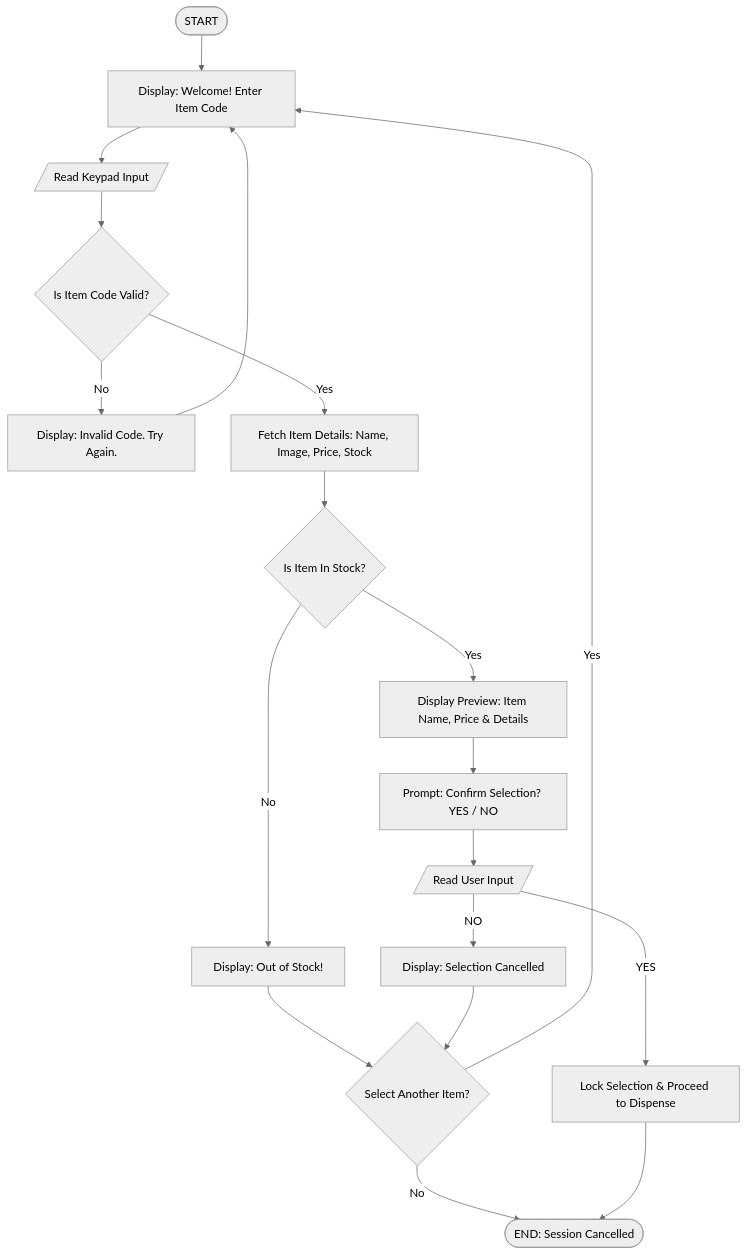
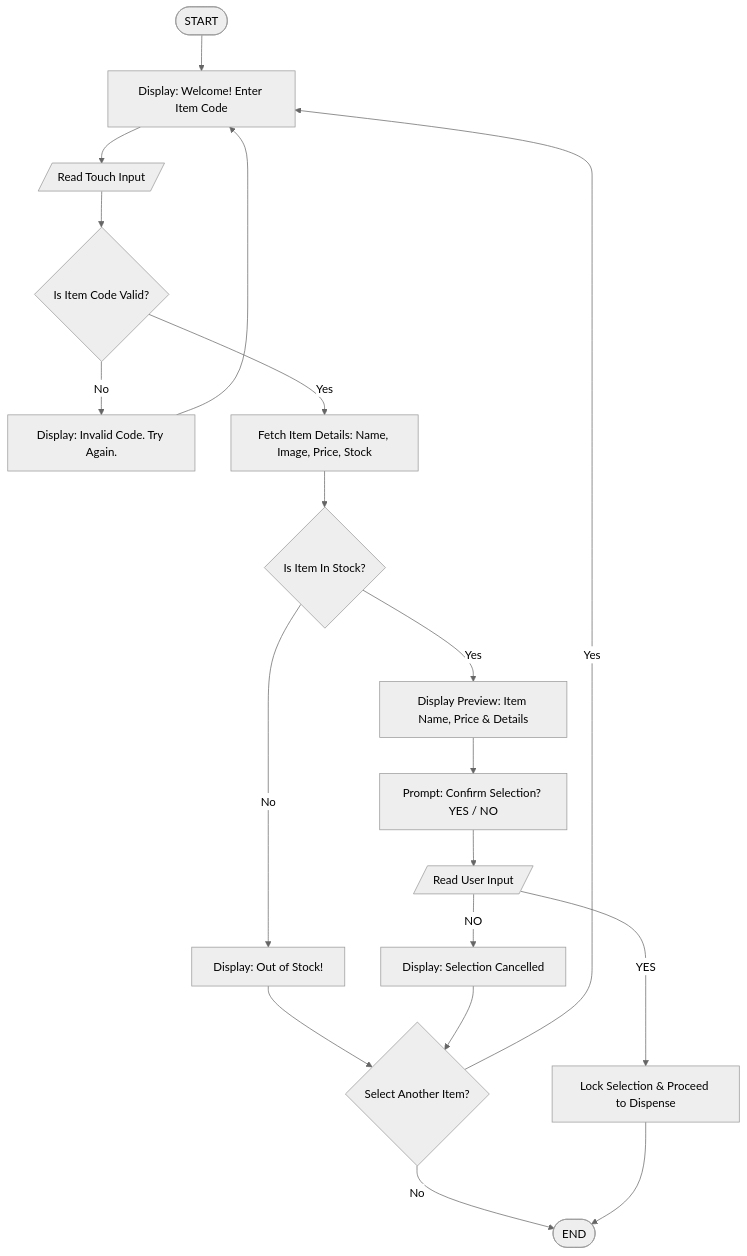
The diagram in q1/ctskillsBalinkilatCepillo.md (MeikoCepillo/CS3-Portfolio), drawn with Mermaid (neutral theme) before and after one commit. The commit also changed other lines of this file, not shown here.

````diff
--- a/q1/ctskillsBalinkilatCepillo.md
+++ b/q1/ctskillsBalinkilatCepillo.md
@@ -39,27 +39,27 @@
 ```mermaid
 graph TD
     A([START]) --> B[Display: Welcome! Enter Item Code]
-    B --> C[/Read Keypad Input/]
+    B --> C[/Read Touch Input/]
     C --> D{Is Item Code Valid?}
     
     D -- No --> E[Display: Invalid Code. Try Again.]
     E --> B
     
     D -- Yes --> F[Fetch Item Details: Name, Image, Price, Stock]
     F --> G{Is Item In Stock?}
     
     G -- No --> H[Display: Out of Stock!]
     H --> I{Select Another Item?}
     I -- Yes --> B
-    I -- No --> Z([END: Session Cancelled])
+    I -- No --> Z([END])
     
     G -- Yes --> J[Display Preview: Item Name, Price & Details]
     J --> K[Prompt: Confirm Selection? YES / NO]
     K --> L[/Read User Input/]
     
     L -- NO --> M[Display: Selection Cancelled]
     M --> I
     
     L -- YES --> N[Lock Selection & Proceed to Dispense]
     N --> Z
 ```
````
